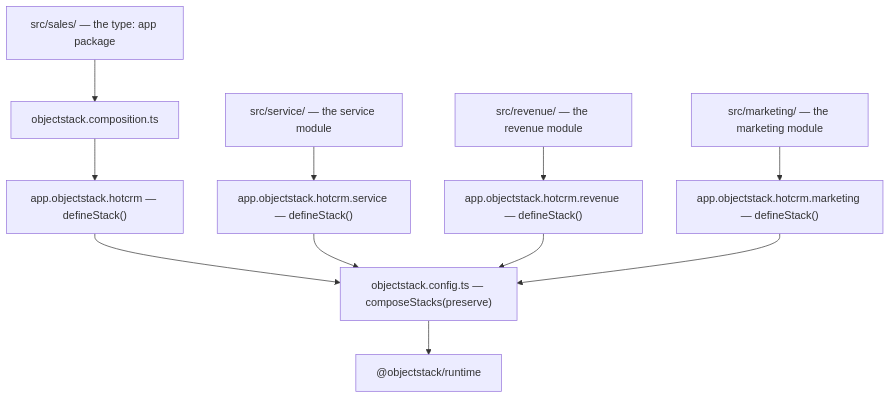
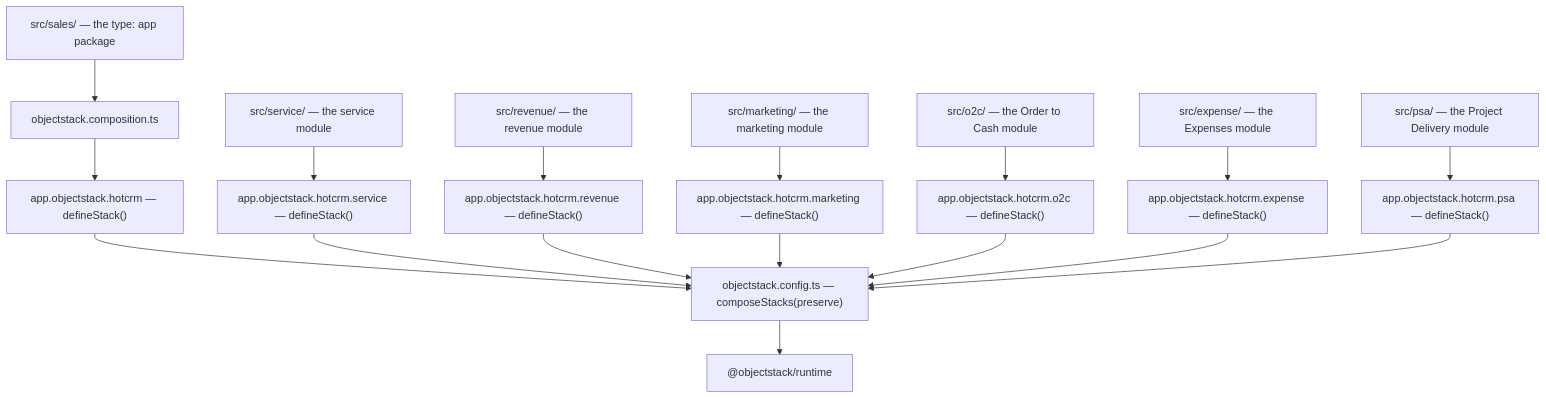
One commit to objectstack-ai/hotcrm changed the diagram in docs/ARCHITECTURE.md. Above: the diagram before and after it, drawn with Mermaid. The commit also changed other lines of this file and 30 other files, not shown here.

First line of the commit message:
docs(expense): document the Expenses module, its approvals and the interim placement (#2556)

````diff
--- a/docs/ARCHITECTURE.md
+++ b/docs/ARCHITECTURE.md
@@ -18,13 +22,19 @@
 ```mermaid
 flowchart TD
   Sales["src/sales/ — the type: app package"] --> Composition["objectstack.composition.ts"]
   Composition --> AppStack["app.objectstack.hotcrm — defineStack()"]
   Service["src/service/ — the service module"] --> ServiceStack["app.objectstack.hotcrm.service — defineStack()"]
   Revenue["src/revenue/ — the revenue module"] --> RevenueStack["app.objectstack.hotcrm.revenue — defineStack()"]
   Marketing["src/marketing/ — the marketing module"] --> MarketingStack["app.objectstack.hotcrm.marketing — defineStack()"]
+  O2c["src/o2c/ — the Order to Cash module"] --> O2cStack["app.objectstack.hotcrm.o2c — defineStack()"]
+  Expense["src/expense/ — the Expenses module"] --> ExpenseStack["app.objectstack.hotcrm.expense — defineStack()"]
+  Psa["src/psa/ — the Project Delivery module"] --> PsaStack["app.objectstack.hotcrm.psa — defineStack()"]
   AppStack --> Config["objectstack.config.ts — composeStacks(preserve)"]
   ServiceStack --> Config
   RevenueStack --> Config
   MarketingStack --> Config
+  O2cStack --> Config
+  ExpenseStack --> Config
+  PsaStack --> Config
   Config --> Runtime["@objectstack/runtime"]
 ```
````
